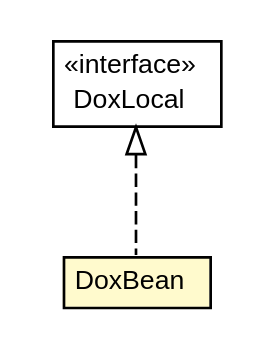
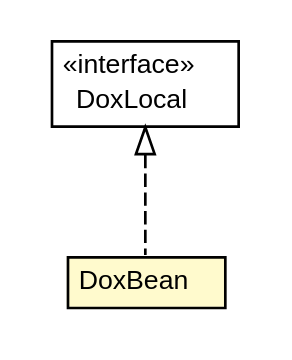
Before and after one commit to trajano/doxdb: the diagram in doxdb-rest/apidocs/net/trajano/doxdb/ejb/DoxBean.dot, drawn with Graphviz. The commit also changed 313 other files, not shown here.

```diff
--- a/doxdb-rest/apidocs/net/trajano/doxdb/ejb/DoxBean.dot
+++ b/doxdb-rest/apidocs/net/trajano/doxdb/ejb/DoxBean.dot
@@ -1,27 +1,27 @@
 #!/usr/local/bin/dot
 #
 # Class diagram 
 # Generated by UMLGraph version R5_6-24-gf6e263 (http://www.umlgraph.org/)
 #
 
 digraph G {
-	edge [fontname="arial",fontsize=10,labelfontname="arial",labelfontsize=10];
-	node [fontname="arial",fontsize=10,shape=plaintext];
+	edge [fontname="Helvetica",fontsize=10,labelfontname="Helvetica",labelfontsize=10];
+	node [fontname="Helvetica",fontsize=10,shape=plaintext];
 	nodesep=0.25;
 	ranksep=0.5;
+	// net.trajano.doxdb.ejb.DoxBean
+	c468 [label=<<table title="net.trajano.doxdb.ejb.DoxBean" border="0" cellborder="1" cellspacing="0" cellpadding="2" port="p" bgcolor="lemonChiffon" href="./DoxBean.html">
+		<tr><td><table border="0" cellspacing="0" cellpadding="1">
+<tr><td align="center" balign="center"> DoxBean </td></tr>
+		</table></td></tr>
+		</table>>, URL="./DoxBean.html", fontname="Helvetica", fontcolor="black", fontsize=10.0];
 	// net.trajano.doxdb.ejb.DoxLocal
 	c470 [label=<<table title="net.trajano.doxdb.ejb.DoxLocal" border="0" cellborder="1" cellspacing="0" cellpadding="2" port="p" href="./DoxLocal.html">
 		<tr><td><table border="0" cellspacing="0" cellpadding="1">
 <tr><td align="center" balign="center"> &#171;interface&#187; </td></tr>
 <tr><td align="center" balign="center"> DoxLocal </td></tr>
 		</table></td></tr>
-		</table>>, URL="./DoxLocal.html", fontname="arial", fontcolor="black", fontsize=10.0];
-	// net.trajano.doxdb.ejb.DoxBean
-	c471 [label=<<table title="net.trajano.doxdb.ejb.DoxBean" border="0" cellborder="1" cellspacing="0" cellpadding="2" port="p" bgcolor="lemonChiffon" href="./DoxBean.html">
-		<tr><td><table border="0" cellspacing="0" cellpadding="1">
-<tr><td align="center" balign="center"> DoxBean </td></tr>
-		</table></td></tr>
-		</table>>, URL="./DoxBean.html", fontname="arial", fontcolor="black", fontsize=10.0];
+		</table>>, URL="./DoxLocal.html", fontname="Helvetica", fontcolor="black", fontsize=10.0];
 	//net.trajano.doxdb.ejb.DoxBean implements net.trajano.doxdb.ejb.DoxLocal
-	c470:p -> c471:p [dir=back,arrowtail=empty,style=dashed];
+	c470:p -> c468:p [dir=back,arrowtail=empty,style=dashed];
 }
```
